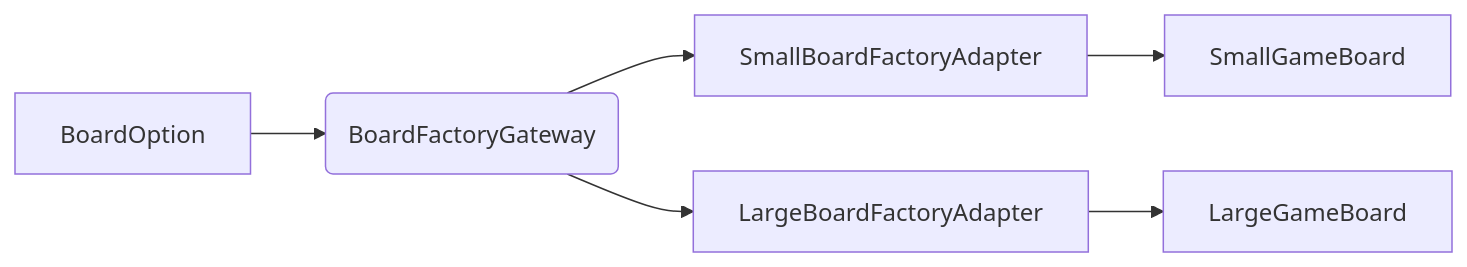
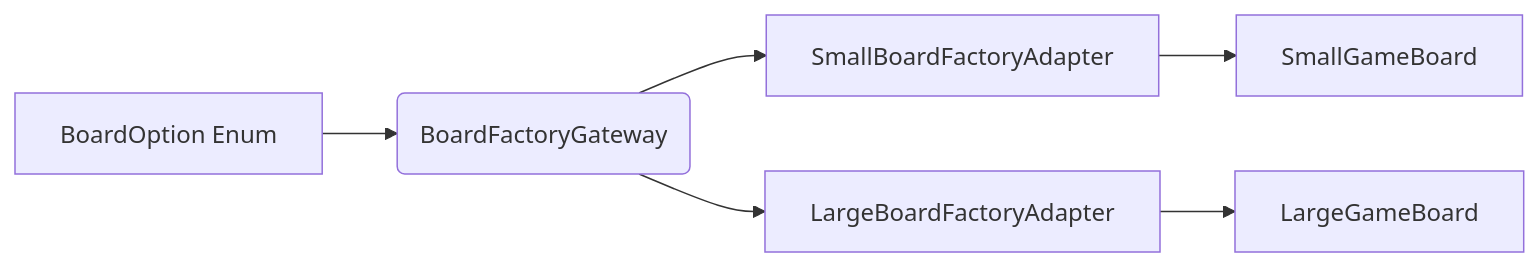
Before and after one commit to daniel140280/Daniel_Hall_23748364: the second of 5 diagrams in README.md, drawn with Mermaid. The commit also changed other lines of this file and 1 other file, not shown here.

````diff
--- a/README.md
+++ b/README.md
@@ -77,8 +90,8 @@
 ```mermaid
 flowchart LR
-    Enum[BoardOption] --> Gateway(BoardFactoryGateway)
-    Gateway --> Adapter1[SmallBoardFactoryAdapter]
-    Gateway --> Adapter2[LargeBoardFactoryAdapter]
-    Adapter1 --> Board1[SmallGameBoard]
-    Adapter2 --> Board2[LargeGameBoard]
+    Enum[BoardOption Enum] --> Gateway(BoardFactoryGateway)
+    Gateway --> SmallAdapter[SmallBoardFactoryAdapter]
+    Gateway --> LargeAdapter[LargeBoardFactoryAdapter]
+    SmallAdapter --> SmallBoard[SmallGameBoard]
+    LargeAdapter --> LargeBoard[LargeGameBoard]
 ```
````
